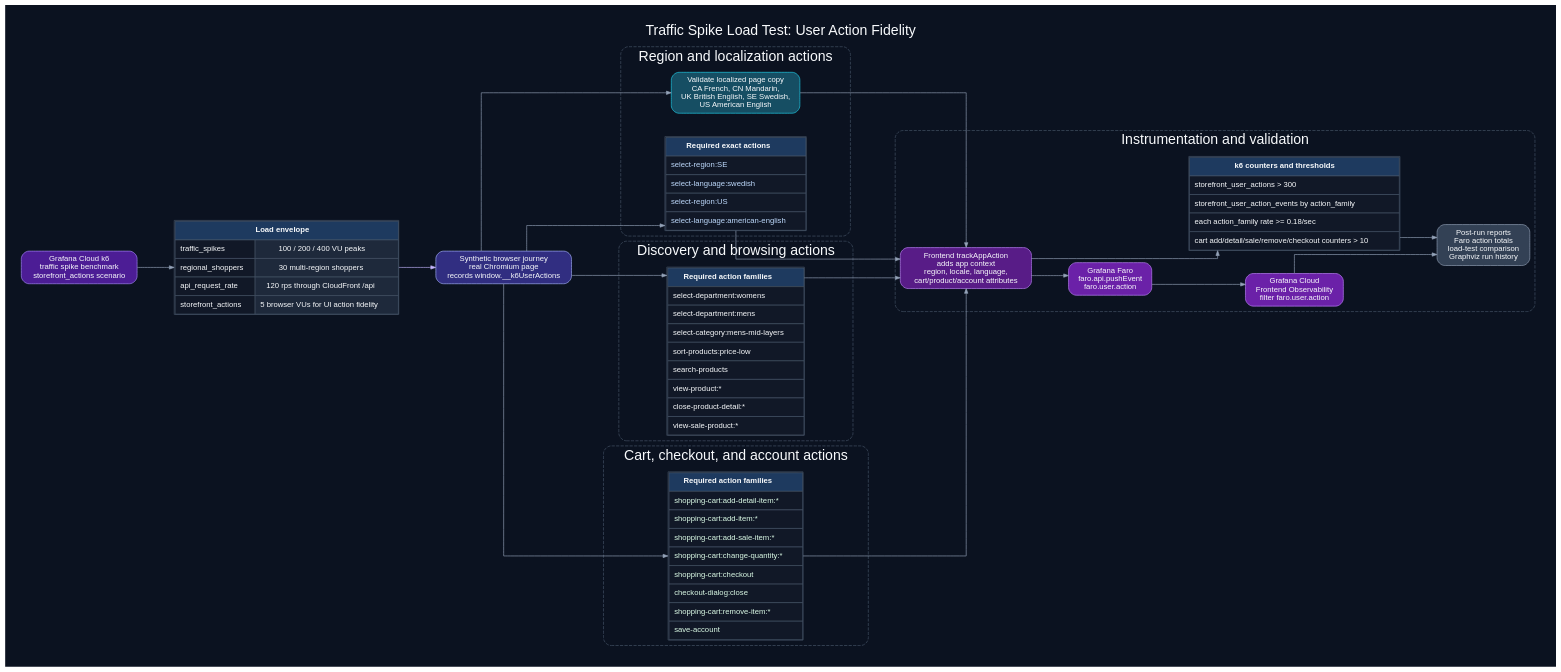
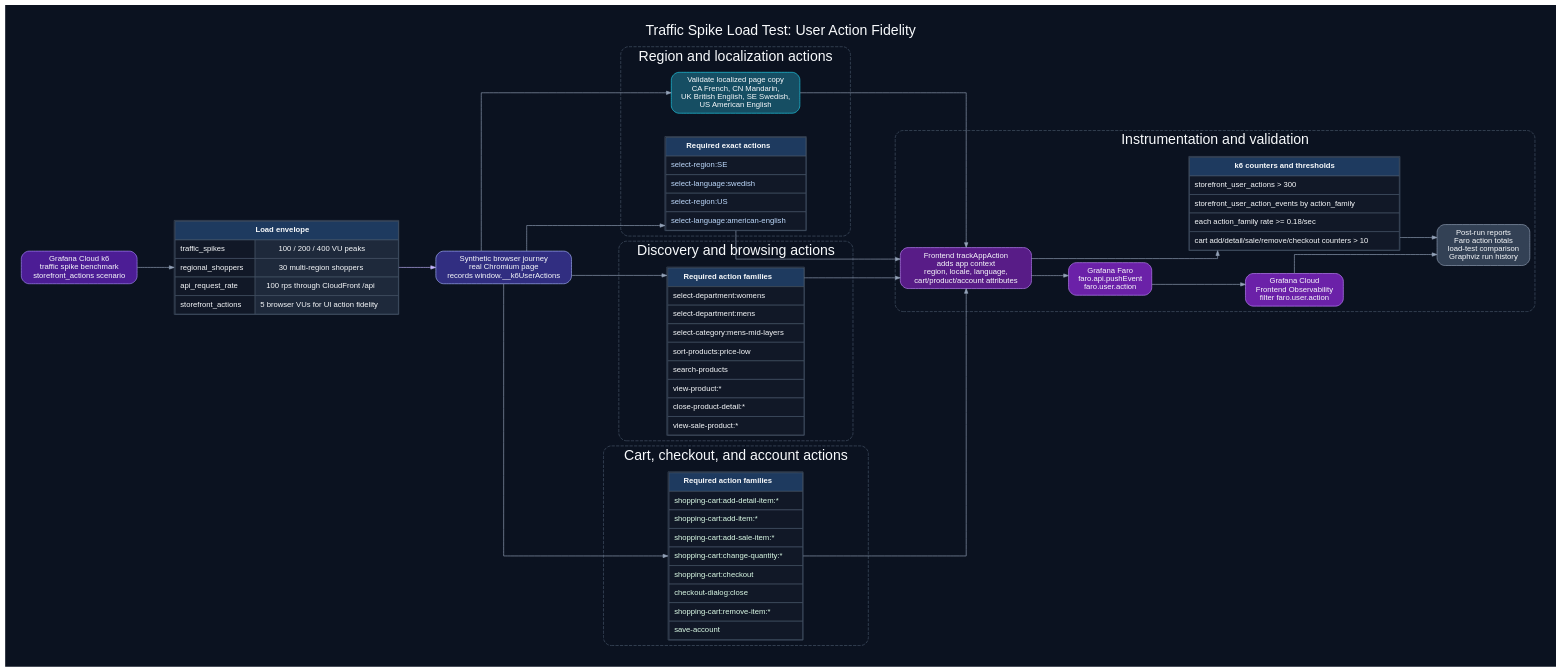
One commit to orenlion1/ensemble-retail changed the diagram in docs/graphviz/traffic-spike-load-test-flow.dot. Above: the diagram before and after it, drawn with Graphviz. The commit also changed 44 other files, not shown here.

```diff
--- a/docs/graphviz/traffic-spike-load-test-flow.dot
+++ b/docs/graphviz/traffic-spike-load-test-flow.dot
@@ -1,191 +1,191 @@
 digraph traffic_spike_user_action_fidelity {
   graph [
     rankdir=LR,
     bgcolor="#0b1220",
     fontcolor="#f8fafc",
     fontname="Helvetica",
     fontsize=22,
     labelloc=t,
     label="Traffic Spike Load Test: User Action Fidelity",
     pad=0.35,
     nodesep=0.5,
     ranksep=0.8,
     splines=ortho
   ];
 
   node [
     shape=box,
     style="rounded,filled",
     fontname="Helvetica",
     fontsize=12,
     color="#64748b",
     fillcolor="#111827",
     fontcolor="#f8fafc",
     margin="0.13,0.08"
   ];
 
   edge [
     color="#94a3b8",
     fontcolor="#f8fafc",
     fontname="Helvetica",
     fontsize=10,
     arrowsize=0.75
   ];
 
   start [
     label="Grafana Cloud k6\ntraffic spike benchmark\nstorefront_actions scenario",
     fillcolor="#4c1d95",
     color="#a78bfa"
   ];
 
   load_shape [
     shape=plain,
     label=<
       <TABLE BORDER="1" CELLBORDER="1" CELLSPACING="0" CELLPADDING="7" COLOR="#475569">
         <TR><TD BGCOLOR="#1e3a5f" COLSPAN="2"><FONT COLOR="#f8fafc"><B>Load envelope</B></FONT></TD></TR>
         <TR><TD BGCOLOR="#111827" ALIGN="LEFT"><FONT COLOR="#f8fafc">traffic_spikes</FONT></TD><TD BGCOLOR="#1e293b"><FONT COLOR="#f8fafc">100 / 200 / 400 VU peaks</FONT></TD></TR>
         <TR><TD BGCOLOR="#111827" ALIGN="LEFT"><FONT COLOR="#f8fafc">regional_shoppers</FONT></TD><TD BGCOLOR="#1e293b"><FONT COLOR="#f8fafc">30 multi-region shoppers</FONT></TD></TR>
-        <TR><TD BGCOLOR="#111827" ALIGN="LEFT"><FONT COLOR="#f8fafc">api_request_rate</FONT></TD><TD BGCOLOR="#1e293b"><FONT COLOR="#f8fafc">120 rps through CloudFront /api</FONT></TD></TR>
+        <TR><TD BGCOLOR="#111827" ALIGN="LEFT"><FONT COLOR="#f8fafc">api_request_rate</FONT></TD><TD BGCOLOR="#1e293b"><FONT COLOR="#f8fafc">100 rps through CloudFront /api</FONT></TD></TR>
         <TR><TD BGCOLOR="#111827" ALIGN="LEFT"><FONT COLOR="#f8fafc">storefront_actions</FONT></TD><TD BGCOLOR="#1e293b"><FONT COLOR="#f8fafc">5 browser VUs for UI action fidelity</FONT></TD></TR>
       </TABLE>
     >
   ];
 
   browser [
     label="Synthetic browser journey\nreal Chromium page\nrecords window.__k6UserActions",
     fillcolor="#312e81",
     color="#a5b4fc"
   ];
 
   subgraph cluster_region_language {
     label="Region and localization actions";
     color="#475569";
     fontcolor="#f8fafc";
     style="rounded,dashed";
 
     locale_validation [
       label="Validate localized page copy\nCA French, CN Mandarin,\nUK British English, SE Swedish,\nUS American English",
       fillcolor="#164e63",
       color="#22d3ee"
     ];
     region_actions [
       shape=plain,
       label=<
         <TABLE BORDER="1" CELLBORDER="1" CELLSPACING="0" CELLPADDING="7" COLOR="#475569">
           <TR><TD BGCOLOR="#1e3a5f"><FONT COLOR="#f8fafc"><B>Required exact actions</B></FONT></TD></TR>
           <TR><TD BGCOLOR="#111827" ALIGN="LEFT"><FONT COLOR="#bfdbfe">select-region:SE</FONT></TD></TR>
           <TR><TD BGCOLOR="#111827" ALIGN="LEFT"><FONT COLOR="#bfdbfe">select-language:swedish</FONT></TD></TR>
           <TR><TD BGCOLOR="#111827" ALIGN="LEFT"><FONT COLOR="#bfdbfe">select-region:US</FONT></TD></TR>
           <TR><TD BGCOLOR="#111827" ALIGN="LEFT"><FONT COLOR="#bfdbfe">select-language:american-english</FONT></TD></TR>
         </TABLE>
       >
     ];
   }
 
   subgraph cluster_discovery {
     label="Discovery and browsing actions";
     color="#475569";
     fontcolor="#f8fafc";
     style="rounded,dashed";
 
     discovery_actions [
       shape=plain,
       label=<
         <TABLE BORDER="1" CELLBORDER="1" CELLSPACING="0" CELLPADDING="7" COLOR="#475569">
           <TR><TD BGCOLOR="#1e3a5f"><FONT COLOR="#f8fafc"><B>Required action families</B></FONT></TD></TR>
           <TR><TD BGCOLOR="#111827" ALIGN="LEFT"><FONT COLOR="#f8fafc">select-department:womens</FONT></TD></TR>
           <TR><TD BGCOLOR="#111827" ALIGN="LEFT"><FONT COLOR="#f8fafc">select-department:mens</FONT></TD></TR>
           <TR><TD BGCOLOR="#111827" ALIGN="LEFT"><FONT COLOR="#f8fafc">select-category:mens-mid-layers</FONT></TD></TR>
           <TR><TD BGCOLOR="#111827" ALIGN="LEFT"><FONT COLOR="#f8fafc">sort-products:price-low</FONT></TD></TR>
           <TR><TD BGCOLOR="#111827" ALIGN="LEFT"><FONT COLOR="#f8fafc">search-products</FONT></TD></TR>
           <TR><TD BGCOLOR="#111827" ALIGN="LEFT"><FONT COLOR="#f8fafc">view-product:*</FONT></TD></TR>
           <TR><TD BGCOLOR="#111827" ALIGN="LEFT"><FONT COLOR="#f8fafc">close-product-detail:*</FONT></TD></TR>
           <TR><TD BGCOLOR="#111827" ALIGN="LEFT"><FONT COLOR="#f8fafc">view-sale-product:*</FONT></TD></TR>
         </TABLE>
       >
     ];
   }
 
   subgraph cluster_cart_checkout {
     label="Cart, checkout, and account actions";
     color="#475569";
     fontcolor="#f8fafc";
     style="rounded,dashed";
 
     cart_actions [
       shape=plain,
       label=<
         <TABLE BORDER="1" CELLBORDER="1" CELLSPACING="0" CELLPADDING="7" COLOR="#475569">
           <TR><TD BGCOLOR="#1e3a5f"><FONT COLOR="#f8fafc"><B>Required action families</B></FONT></TD></TR>
           <TR><TD BGCOLOR="#111827" ALIGN="LEFT"><FONT COLOR="#dcfce7">shopping-cart:add-detail-item:*</FONT></TD></TR>
           <TR><TD BGCOLOR="#111827" ALIGN="LEFT"><FONT COLOR="#dcfce7">shopping-cart:add-item:*</FONT></TD></TR>
           <TR><TD BGCOLOR="#111827" ALIGN="LEFT"><FONT COLOR="#dcfce7">shopping-cart:add-sale-item:*</FONT></TD></TR>
           <TR><TD BGCOLOR="#111827" ALIGN="LEFT"><FONT COLOR="#dcfce7">shopping-cart:change-quantity:*</FONT></TD></TR>
           <TR><TD BGCOLOR="#111827" ALIGN="LEFT"><FONT COLOR="#dcfce7">shopping-cart:checkout</FONT></TD></TR>
           <TR><TD BGCOLOR="#111827" ALIGN="LEFT"><FONT COLOR="#dcfce7">checkout-dialog:close</FONT></TD></TR>
           <TR><TD BGCOLOR="#111827" ALIGN="LEFT"><FONT COLOR="#dcfce7">shopping-cart:remove-item:*</FONT></TD></TR>
           <TR><TD BGCOLOR="#111827" ALIGN="LEFT"><FONT COLOR="#dcfce7">save-account</FONT></TD></TR>
         </TABLE>
       >
     ];
   }
 
   subgraph cluster_instrumentation {
     label="Instrumentation and validation";
     color="#475569";
     fontcolor="#f8fafc";
     style="rounded,dashed";
 
     app_attrs [
       label="Frontend trackAppAction\nadds app context\nregion, locale, language,\ncart/product/account attributes",
       fillcolor="#581c87",
       color="#c084fc"
     ];
     faro [
       label="Grafana Faro\nfaro.api.pushEvent\nfaro.user.action",
       fillcolor="#6b21a8",
       color="#c084fc"
     ];
     k6_counters [
       shape=plain,
       label=<
         <TABLE BORDER="1" CELLBORDER="1" CELLSPACING="0" CELLPADDING="7" COLOR="#475569">
           <TR><TD BGCOLOR="#1e3a5f"><FONT COLOR="#f8fafc"><B>k6 counters and thresholds</B></FONT></TD></TR>
           <TR><TD BGCOLOR="#111827" ALIGN="LEFT"><FONT COLOR="#f8fafc">storefront_user_actions &gt; 300</FONT></TD></TR>
           <TR><TD BGCOLOR="#111827" ALIGN="LEFT"><FONT COLOR="#f8fafc">storefront_user_action_events by action_family</FONT></TD></TR>
           <TR><TD BGCOLOR="#111827" ALIGN="LEFT"><FONT COLOR="#f8fafc">each action_family rate &gt;= 0.18/sec</FONT></TD></TR>
           <TR><TD BGCOLOR="#111827" ALIGN="LEFT"><FONT COLOR="#f8fafc">cart add/detail/sale/remove/checkout counters &gt; 10</FONT></TD></TR>
         </TABLE>
       >
     ];
     grafana [
       label="Grafana Cloud\nFrontend Observability\nfilter faro.user.action",
       fillcolor="#6b21a8",
       color="#c084fc"
     ];
     report [
       label="Post-run reports\nFaro action totals\nload-test comparison\nGraphviz run history",
       fillcolor="#334155",
       color="#94a3b8"
     ];
   }
 
   start -> load_shape;
   load_shape -> browser [color="#c4b5fd"];
 
   browser -> locale_validation;
   browser -> region_actions;
   browser -> discovery_actions;
   browser -> cart_actions;
 
   region_actions -> app_attrs;
   discovery_actions -> app_attrs;
   cart_actions -> app_attrs;
   locale_validation -> app_attrs;
 
   app_attrs -> faro;
   app_attrs -> k6_counters;
   faro -> grafana;
   k6_counters -> report;
   grafana -> report;
 }
```
